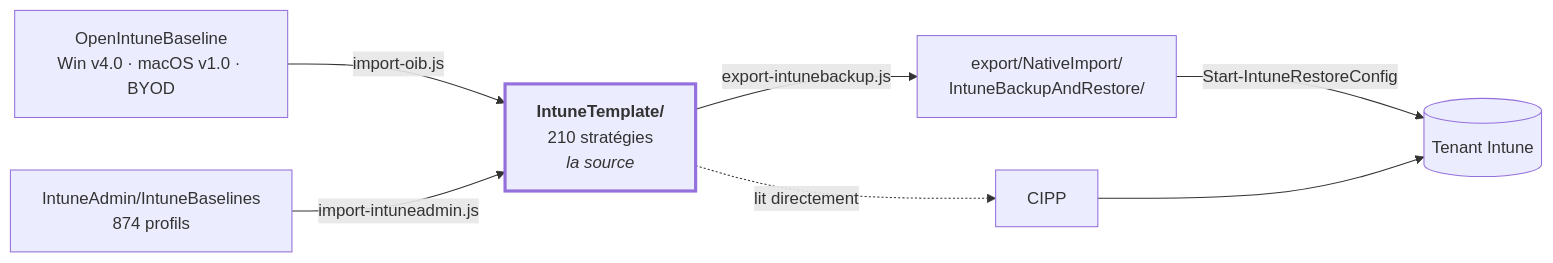
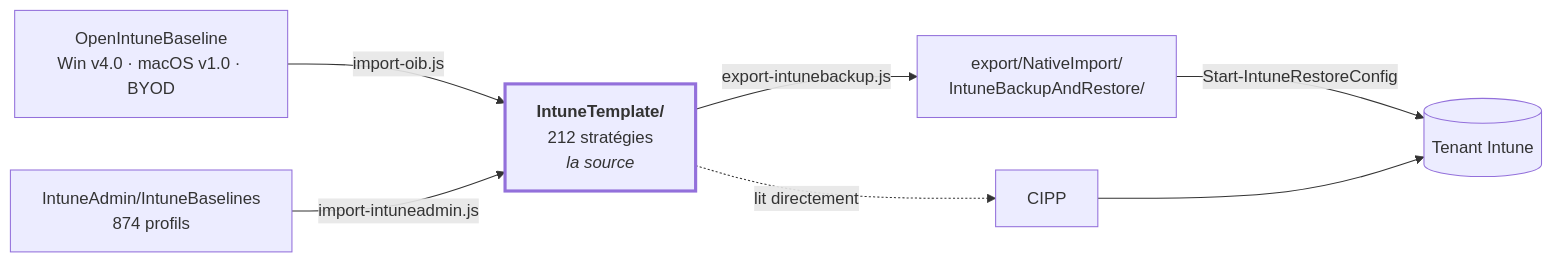
Before and after one commit to sjkanon/IntuneBackup: the diagram in README.fr.md, drawn with Mermaid. The commit also changed other lines of this file and 38 other files, not shown here.

````diff
--- a/README.fr.md
+++ b/README.fr.md
@@ -20,17 +20,17 @@
 ```mermaid
 flowchart LR
   OIB["OpenIntuneBaseline<br/>Win v4.0 · macOS v1.0 · BYOD"]
-  T["<b>IntuneTemplate/</b><br/>210 stratégies<br/><i>la source</i>"]
+  T["<b>IntuneTemplate/</b><br/>212 stratégies<br/><i>la source</i>"]
   EX["export/NativeImport/<br/>IntuneBackupAndRestore/"]
   TENANT[("Tenant Intune")]
 
   OIB -->|import-oib.js| T
   T -->|export-intunebackup.js| EX
   T -.->|lit directement| CIPP[CIPP]
   EX -->|Start-IntuneRestoreConfig| TENANT
   CIPP --> TENANT
 
   IA["IntuneAdmin/IntuneBaselines<br/>874 profils"] -->|import-intuneadmin.js| T
 
   style T stroke-width:3px
 ```
````
